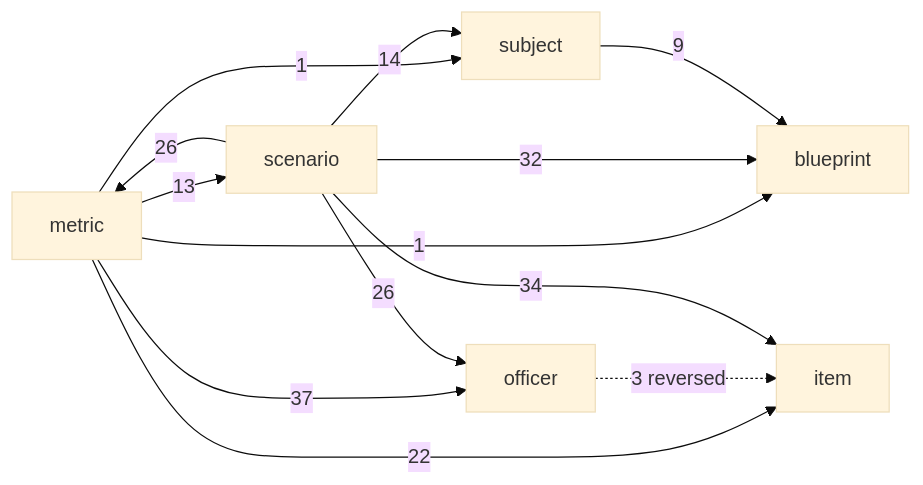
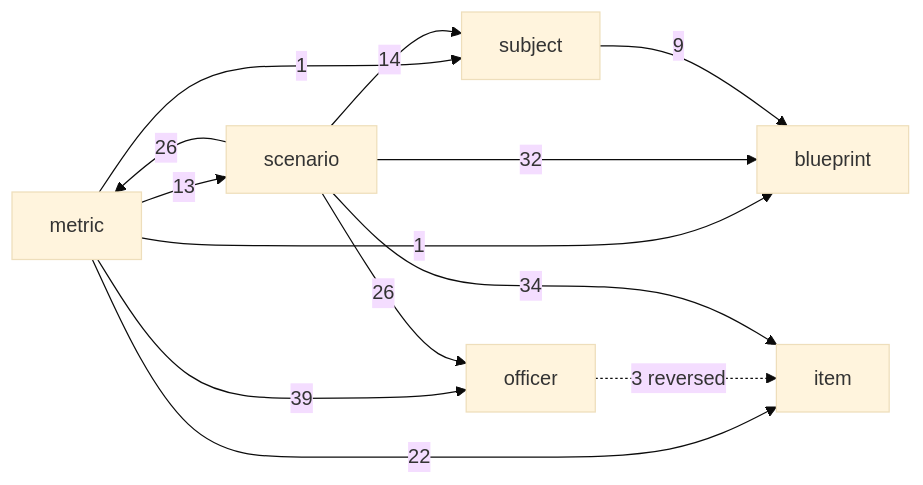
Before and after one commit to geraldmaron/tactically-idle: the diagram in docs/architecture.md, drawn with Mermaid (base theme). The commit also changed other lines of this file and 47 other files, not shown here.

````diff
--- a/docs/architecture.md
+++ b/docs/architecture.md
@@ -39,15 +39,15 @@
 ```mermaid
 flowchart LR
   metric -->|1| blueprint
   metric -->|22| item
-  metric -->|37| officer
+  metric -->|39| officer
   metric -->|13| scenario
   metric -->|1| subject
   officer -.->|3 reversed| item
   scenario -->|32| blueprint
   scenario -->|34| item
   scenario -->|26| metric
   scenario -->|26| officer
   scenario -->|14| subject
   subject -->|9| blueprint
 ```
````
